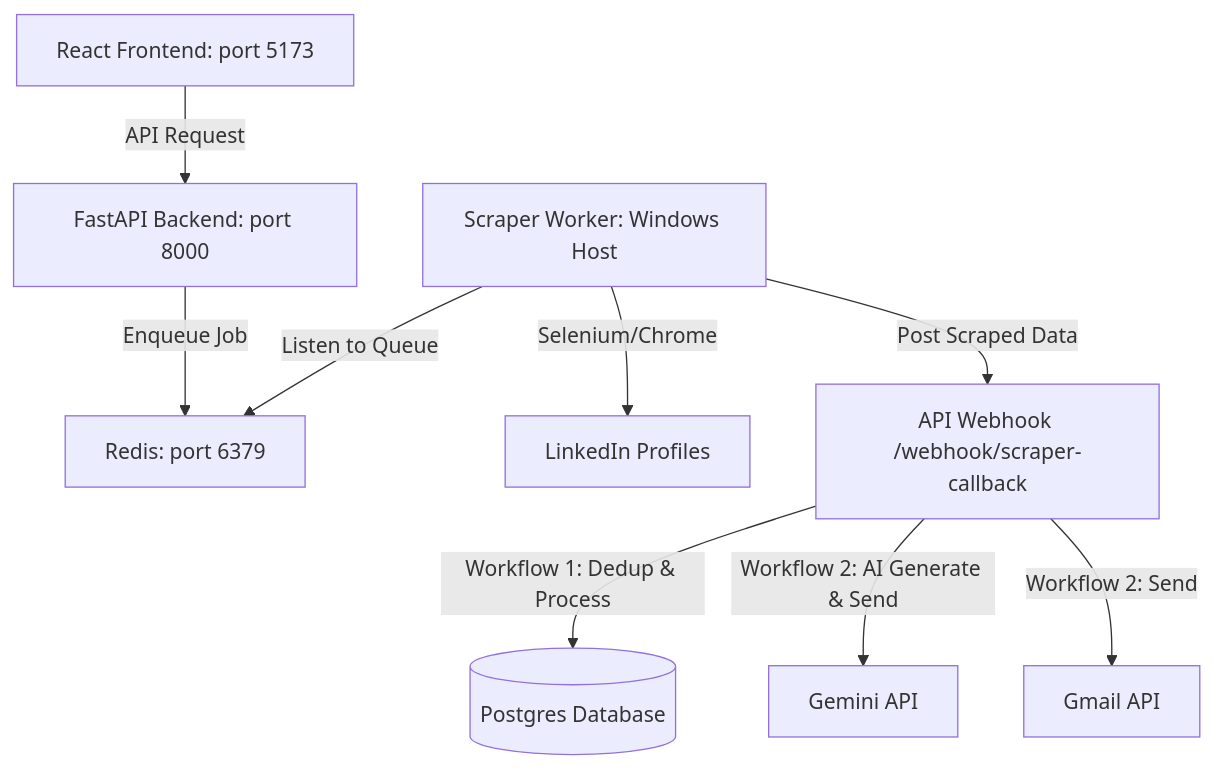
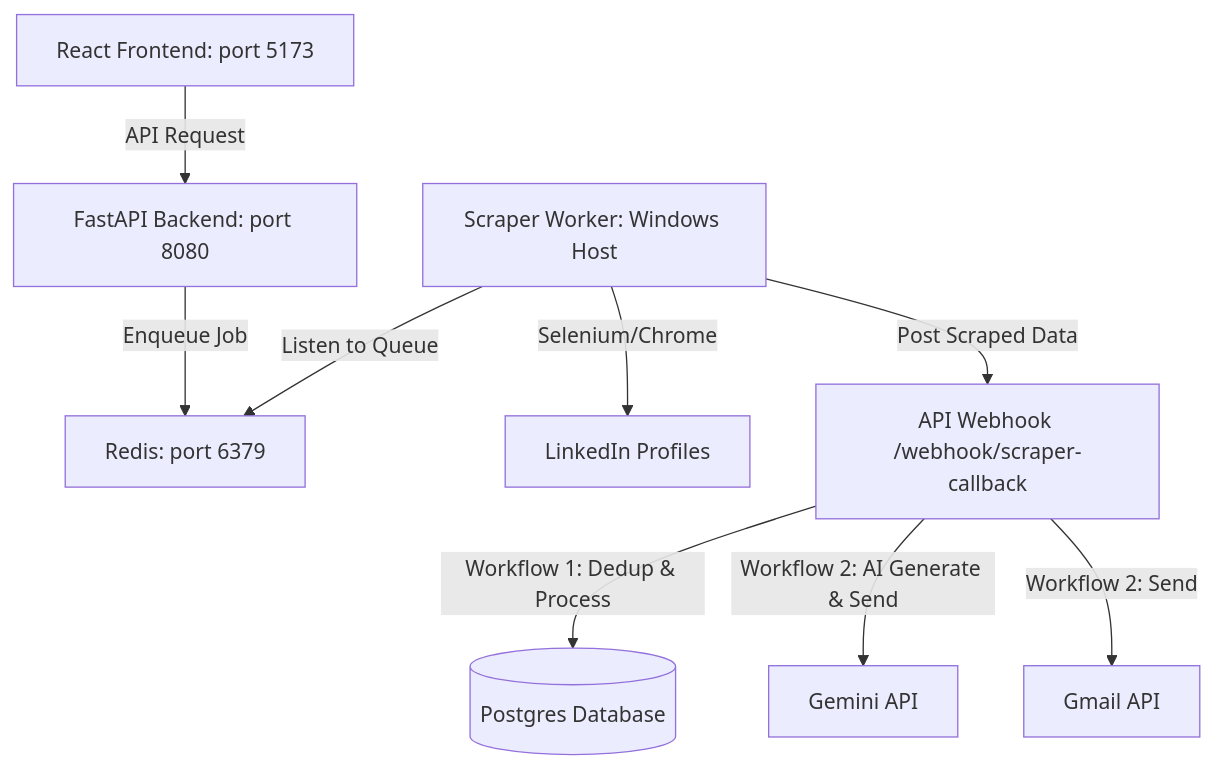
Before and after one commit to yashvi1205/Email-Drip-Campaign: the diagram in emailcampaigntracker/COMPLETE_SETUP_GUIDE.md, drawn with Mermaid. The commit also changed other lines of this file and 1 other file, not shown here.

Commit message:
Update port references in documentation guides to 8080

````diff
--- a/emailcampaigntracker/COMPLETE_SETUP_GUIDE.md
+++ b/emailcampaigntracker/COMPLETE_SETUP_GUIDE.md
@@ -16,11 +16,11 @@
 ```mermaid
 graph TD
-    Dashboard[React Frontend: port 5173] -->|API Request| API[FastAPI Backend: port 8000]
+    Dashboard[React Frontend: port 5173] -->|API Request| API[FastAPI Backend: port 8080]
     API -->|Enqueue Job| Redis[Redis: port 6379]
     Worker[Scraper Worker: Windows Host] -->|Listen to Queue| Redis
     Worker -->|Selenium/Chrome| LinkedIn[LinkedIn Profiles]
     Worker -->|Post Scraped Data| APIWeb[API Webhook /webhook/scraper-callback]
     APIWeb -->|Workflow 1: Dedup & Process| DB[(Postgres Database)]
     APIWeb -->|Workflow 2: AI Generate & Send| Gemini[Gemini API]
     APIWeb -->|Workflow 2: Send| Gmail[Gmail API]
 ```
````
